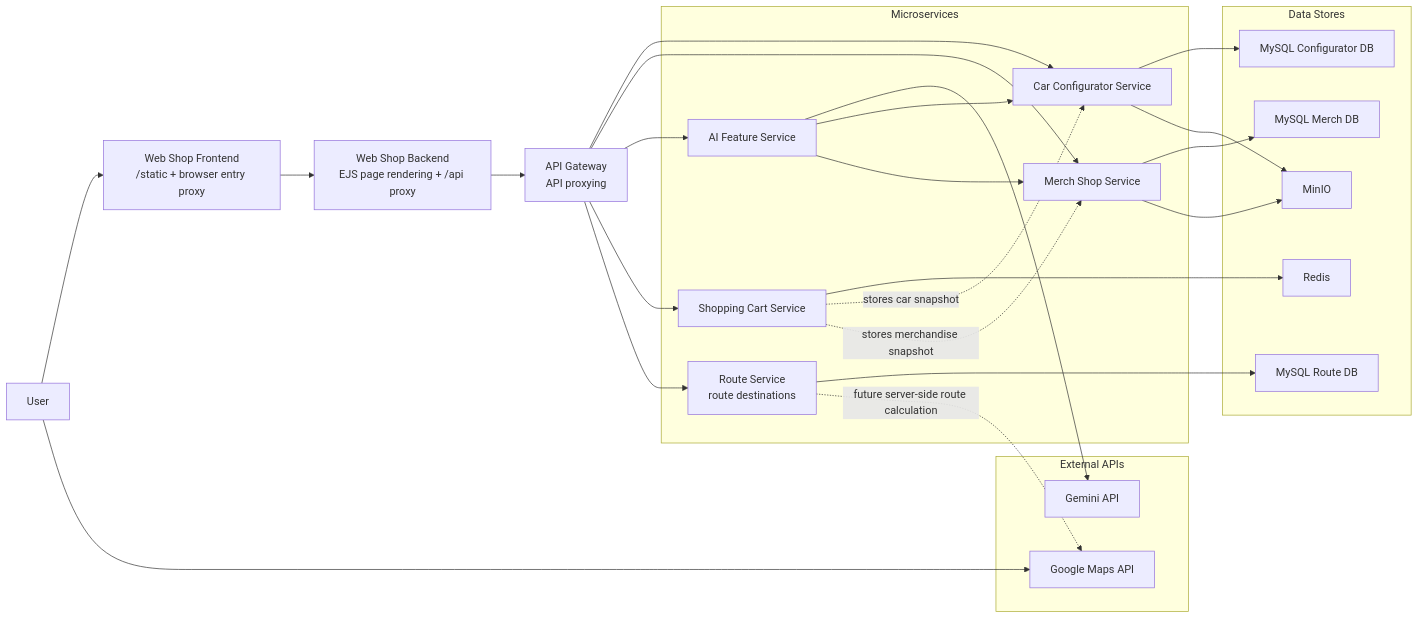
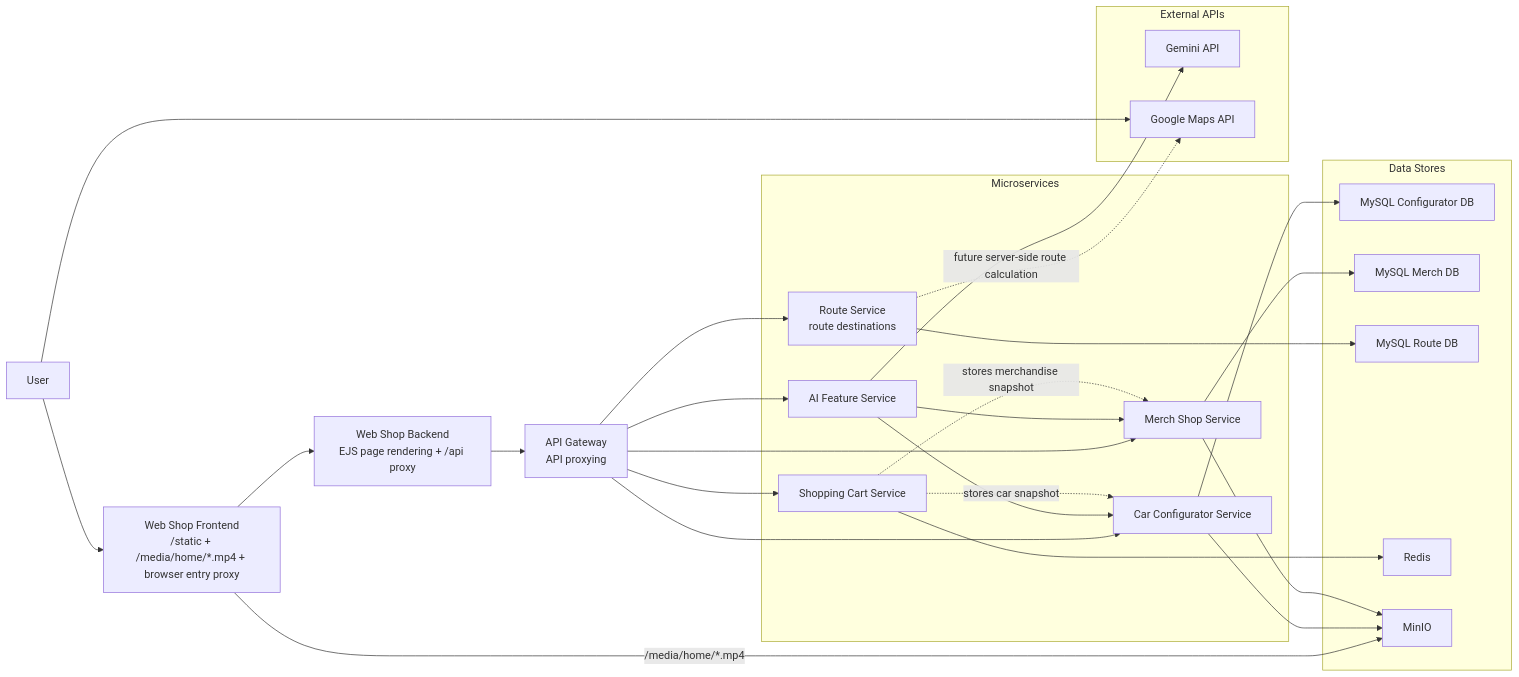
One commit to CloudBasedWebApplication/bmw changed the diagram in docs/architecture.mmd. Above: the diagram before and after it, drawn with Mermaid. The commit also changed 8 other files, not shown here.

First line of the commit message:
feat(frontend): proxy homepage videos through MinIO

```diff
--- a/docs/architecture.mmd
+++ b/docs/architecture.mmd
@@ -1,56 +1,57 @@
 flowchart LR
     user["User"]
-    frontend["Web Shop Frontend\n/static + browser entry proxy"]
+    frontend["Web Shop Frontend\n/static + /media/home/*.mp4 + browser entry proxy"]
     backendPresentation["Web Shop Backend\nEJS page rendering + /api proxy"]
     gateway["API Gateway\nAPI proxying"]
 
     subgraph backend["Microservices"]
         configurator["Car Configurator Service"]
         merchandise["Merch Shop Service"]
         ai["AI Feature Service"]
         cart["Shopping Cart Service"]
         route["Route Service\nroute destinations"]
     end
 
     subgraph data["Data Stores"]
         mysqlConfigurator["MySQL Configurator DB"]
         mysqlMerch["MySQL Merch DB"]
         mysqlRoute["MySQL Route DB"]
         redis["Redis"]
         minio["MinIO"]
     end
 
     subgraph external["External APIs"]
         gemini["Gemini API"]
         googlemaps["Google Maps API"]
     end
 
     user --> frontend
     frontend --> backendPresentation
+    frontend -- "/media/home/*.mp4" --> minio
     backendPresentation --> gateway
 
     gateway --> configurator
     gateway --> merchandise
     gateway --> ai
     gateway --> cart
     gateway --> route
 
     user --> googlemaps
 
     configurator --> mysqlConfigurator
     configurator --> minio
 
     merchandise --> mysqlMerch
     merchandise --> minio
 
     ai --> gemini
     ai --> configurator
     ai --> merchandise
 
     cart --> redis
     route --> mysqlRoute
 
     route -. "future server-side route calculation" .-> googlemaps
 
     cart -. "stores car snapshot" .-> configurator
     cart -. "stores merchandise snapshot" .-> merchandise
```
